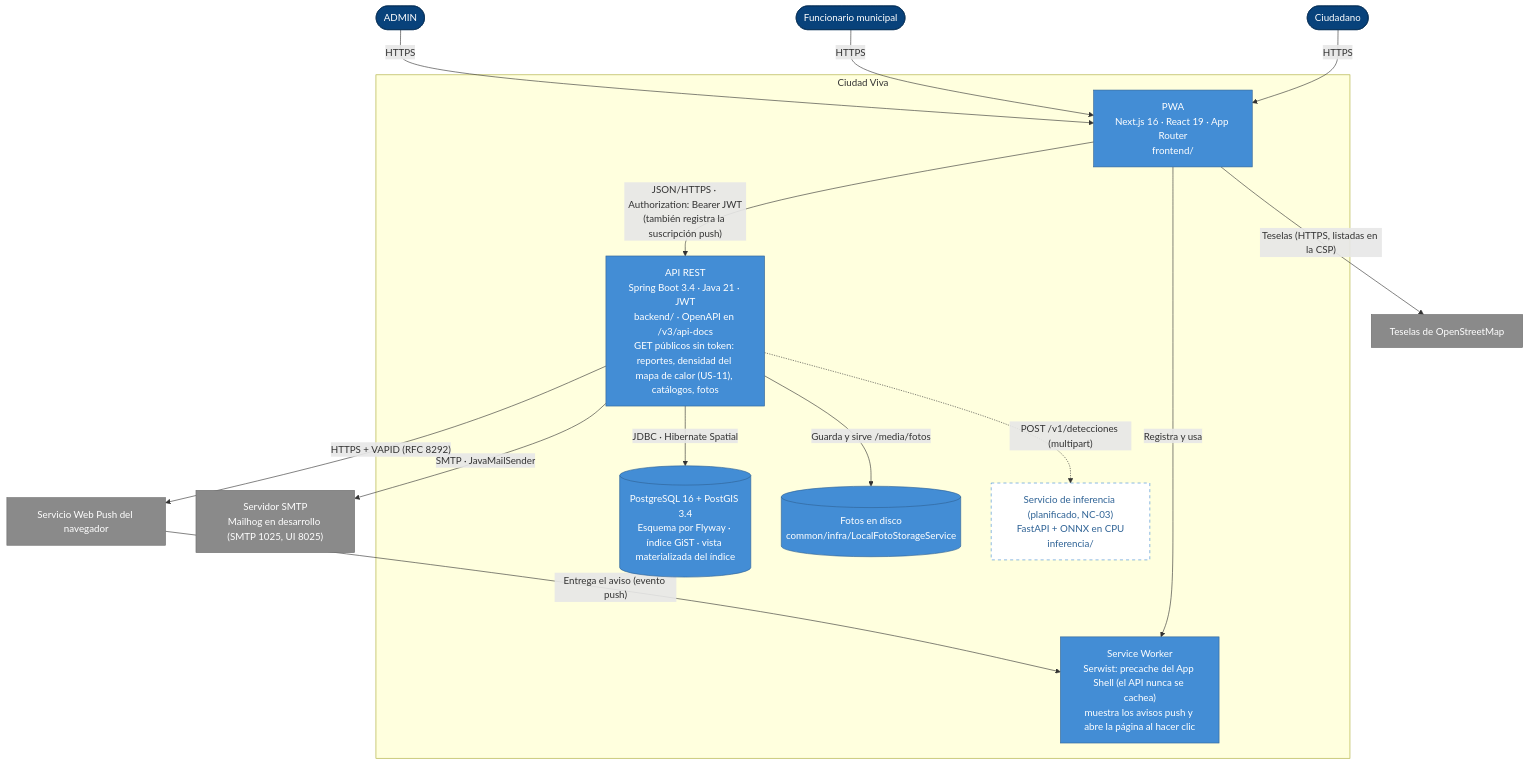
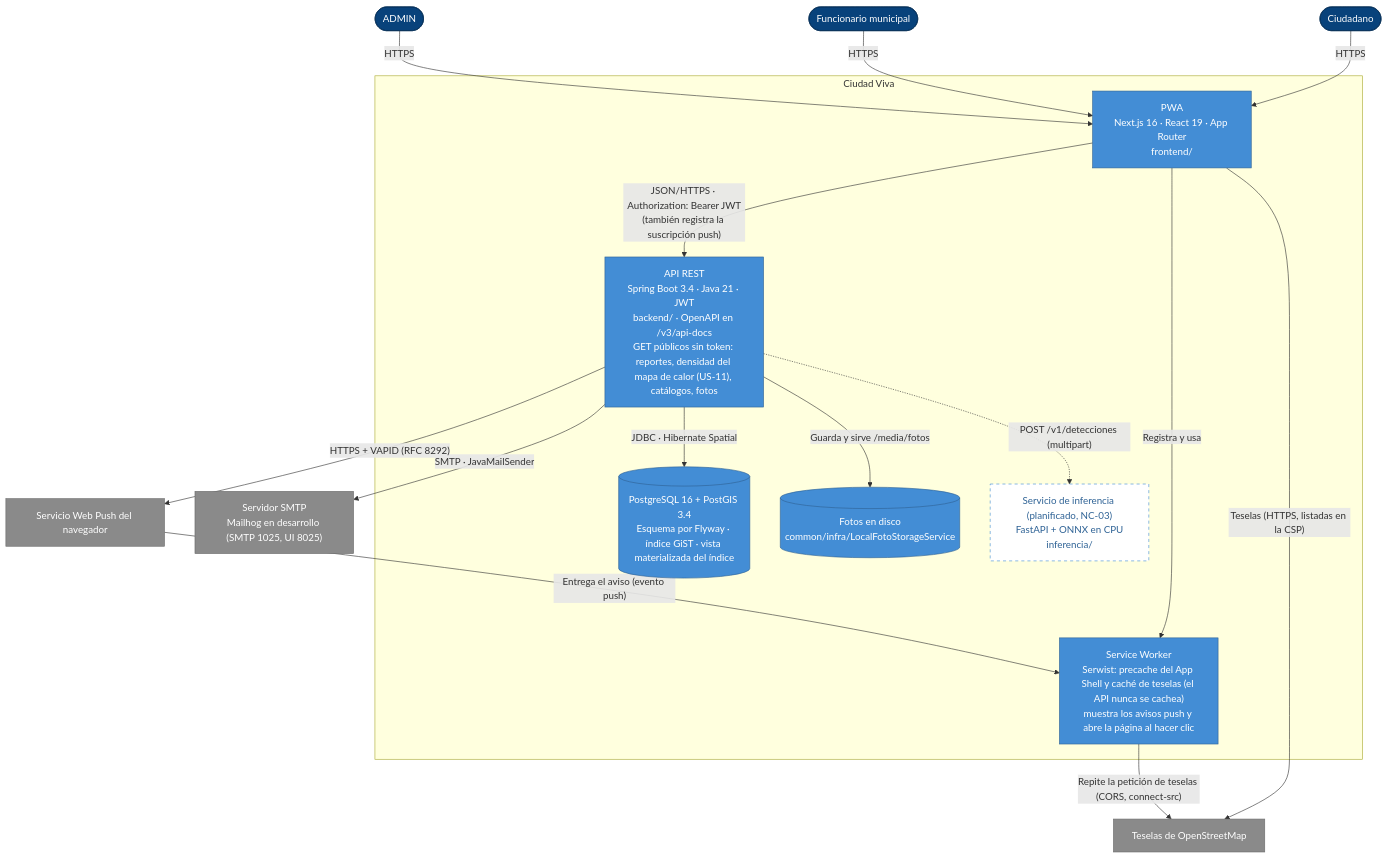
Before and after one commit to TP202620041/tesis: the diagram in docs/arquitectura/c4-contenedores.md, drawn with Mermaid. The commit also changed other lines of this file and 2 other files, not shown here.

Commit message:
DOC: diagramas de arquitectura (municipalidades, NC-02 en el modelo de datos y teselas por el Service Worker)

````diff
--- a/docs/arquitectura/c4-contenedores.md
+++ b/docs/arquitectura/c4-contenedores.md
@@ -5,41 +5,42 @@
 ```mermaid
 flowchart TB
   ciudadano(["Ciudadano"])
   funcionario(["Funcionario municipal"])
   admin(["ADMIN"])
 
   subgraph viasegura["Ciudad Viva"]
     pwa["PWA<br/>Next.js 16 · React 19 · App Router<br/>frontend/"]
-    sw["Service Worker<br/>Serwist: precache del App Shell (el API nunca se cachea)<br/>muestra los avisos push y abre la página al hacer clic"]
+    sw["Service Worker<br/>Serwist: precache del App Shell y caché de teselas (el API nunca se cachea)<br/>muestra los avisos push y abre la página al hacer clic"]
     api["API REST<br/>Spring Boot 3.4 · Java 21 · JWT<br/>backend/ · OpenAPI en /v3/api-docs<br/>GET públicos sin token: reportes, densidad del mapa de calor (US-11), catálogos, fotos"]
     db[("PostgreSQL 16 + PostGIS 3.4<br/>Esquema por Flyway · índice GiST · vista materializada del índice")]
     fotos[("Fotos en disco<br/>common/infra/LocalFotoStorageService")]
     inferencia["Servicio de inferencia (planificado, NC-03)<br/>FastAPI + ONNX en CPU<br/>inferencia/"]
   end
 
   smtp["Servidor SMTP<br/>Mailhog en desarrollo (SMTP 1025, UI 8025)"]
   push["Servicio Web Push del navegador"]
   osm["Teselas de OpenStreetMap"]
 
   ciudadano -->|"HTTPS"| pwa
   funcionario -->|"HTTPS"| pwa
   admin -->|"HTTPS"| pwa
   pwa -->|"Registra y usa"| sw
   pwa -->|"JSON/HTTPS · Authorization: Bearer JWT<br/>(también registra la suscripción push)"| api
   pwa -->|"Teselas (HTTPS, listadas en la CSP)"| osm
+  sw -->|"Repite la petición de teselas (CORS, connect-src)"| osm
   api -->|"JDBC · Hibernate Spatial"| db
   api -->|"Guarda y sirve /media/fotos"| fotos
   api -->|"SMTP · JavaMailSender"| smtp
   api -->|"HTTPS + VAPID (RFC 8292)"| push
   push -->|"Entrega el aviso (evento push)"| sw
   api -.->|"POST /v1/detecciones (multipart)"| inferencia
 
   classDef persona fill:#08427b,stroke:#052e56,color:#ffffff
   classDef contenedor fill:#438dd5,stroke:#2e6295,color:#ffffff
   classDef externo fill:#8a8a8a,stroke:#6b6b6b,color:#ffffff
   classDef planificado fill:#ffffff,stroke:#438dd5,stroke-dasharray:5 5,color:#2e6295
   class ciudadano,funcionario,admin persona
   class pwa,sw,api,db,fotos contenedor
   class smtp,push,osm externo
   class inferencia planificado
 ```
````
